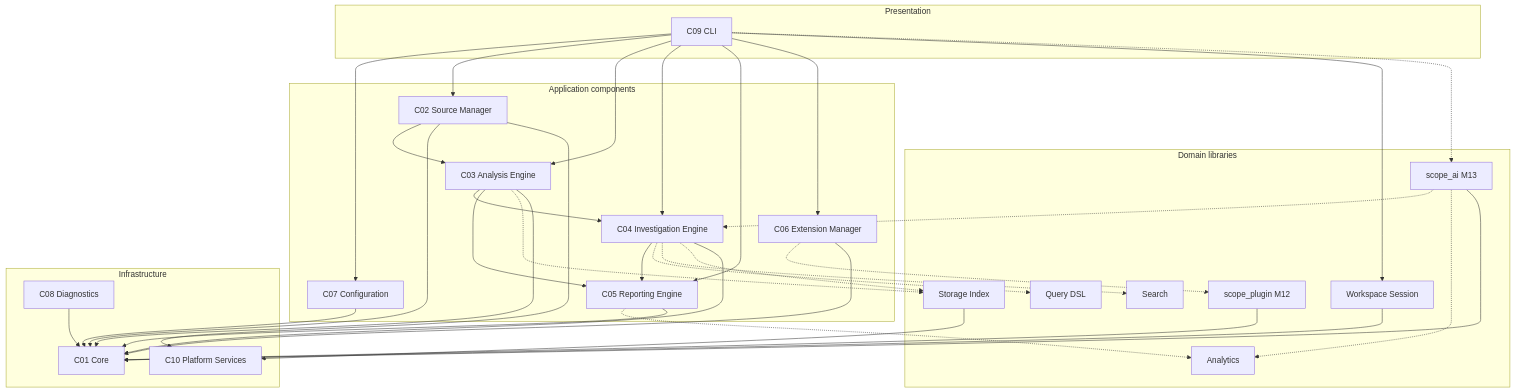
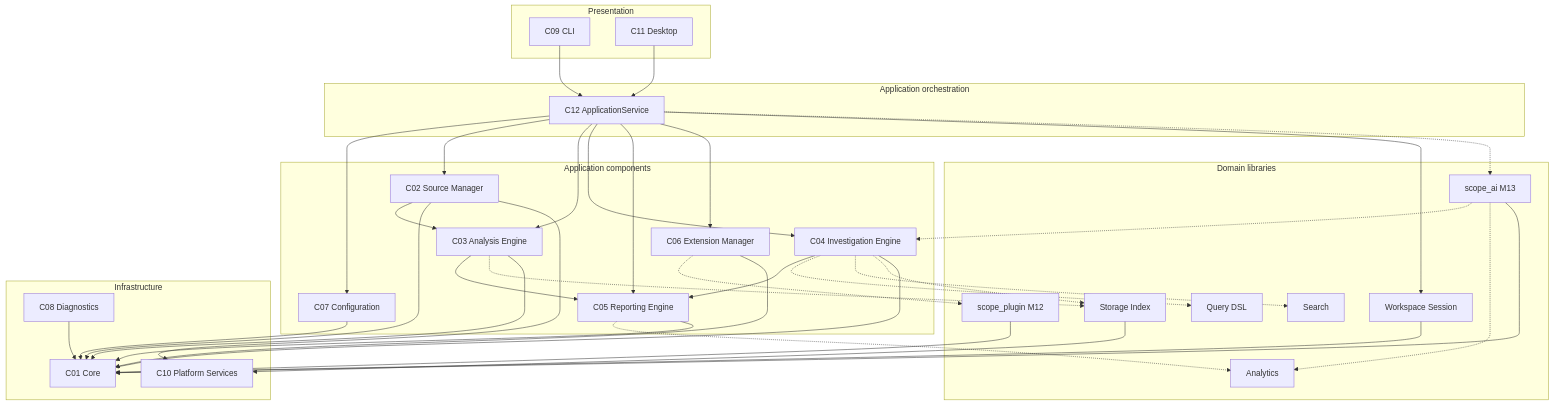
Before and after one commit to AntonyCyriac/logscope: the diagram in docs/architecture/COMPONENT_CATALOG.md, drawn with Mermaid. The commit also changed other lines of this file and 50 other files, not shown here.

First line of the commit message:
feat(desktop): M14 Qt application layer and logscope-desktop (v2.0.0) (#84)

````diff
--- a/docs/architecture/COMPONENT_CATALOG.md
+++ b/docs/architecture/COMPONENT_CATALOG.md
@@ -79,67 +81,73 @@
 ```mermaid
 flowchart TB
   subgraph presentation [Presentation]
     CLI[C09 CLI]
+    Desktop[C11 Desktop]
+  end
+
+  subgraph applicationLayer [Application orchestration]
+    AppSvc[C12 ApplicationService]
   end
 
   subgraph application [Application components]
     CFG[C07 Configuration]
     SRC[C02 Source Manager]
     ANA[C03 Analysis Engine]
     INV[C04 Investigation Engine]
     RPT[C05 Reporting Engine]
     EXT[C06 Extension Manager]
   end
 
   subgraph domain [Domain libraries]
     QRY[Query DSL]
     SRCH[Search]
     ANLY[Analytics]
     STO[Storage Index]
     SESS[Workspace Session]
     AI[scope_ai M13]
     PLG[scope_plugin M12]
   end
 
   subgraph infrastructure [Infrastructure]
     CORE[C01 Core]
     DIAG[C08 Diagnostics]
     PLAT[C10 Platform Services]
   end
 
-  CLI --> CFG
-  CLI --> SRC
-  CLI --> ANA
-  CLI --> INV
-  CLI --> RPT
-  CLI --> EXT
-  CLI --> SESS
-  CLI -.-> AI
+  CLI --> AppSvc
+  Desktop --> AppSvc
+  AppSvc --> CFG
+  AppSvc --> SRC
+  AppSvc --> ANA
+  AppSvc --> INV
+  AppSvc --> RPT
+  AppSvc --> EXT
+  AppSvc --> SESS
+  AppSvc -.-> AI
 
   SRC --> ANA
-  ANA --> INV
   ANA --> RPT
   INV --> RPT
 
   INV -.-> QRY
   INV -.-> SRCH
   ANA -.-> STO
   INV -.-> STO
   RPT -.-> ANLY
   EXT -.-> PLG
   AI -.-> INV
   AI -.-> ANLY
 
   CFG --> CORE
   SRC --> CORE
   ANA --> CORE
   INV --> CORE
   RPT --> CORE
   EXT --> CORE
   SESS --> CORE
   AI --> CORE
   PLG --> CORE
   DIAG --> CORE
   SRC --> PLAT
   STO --> PLAT
 ```
````
